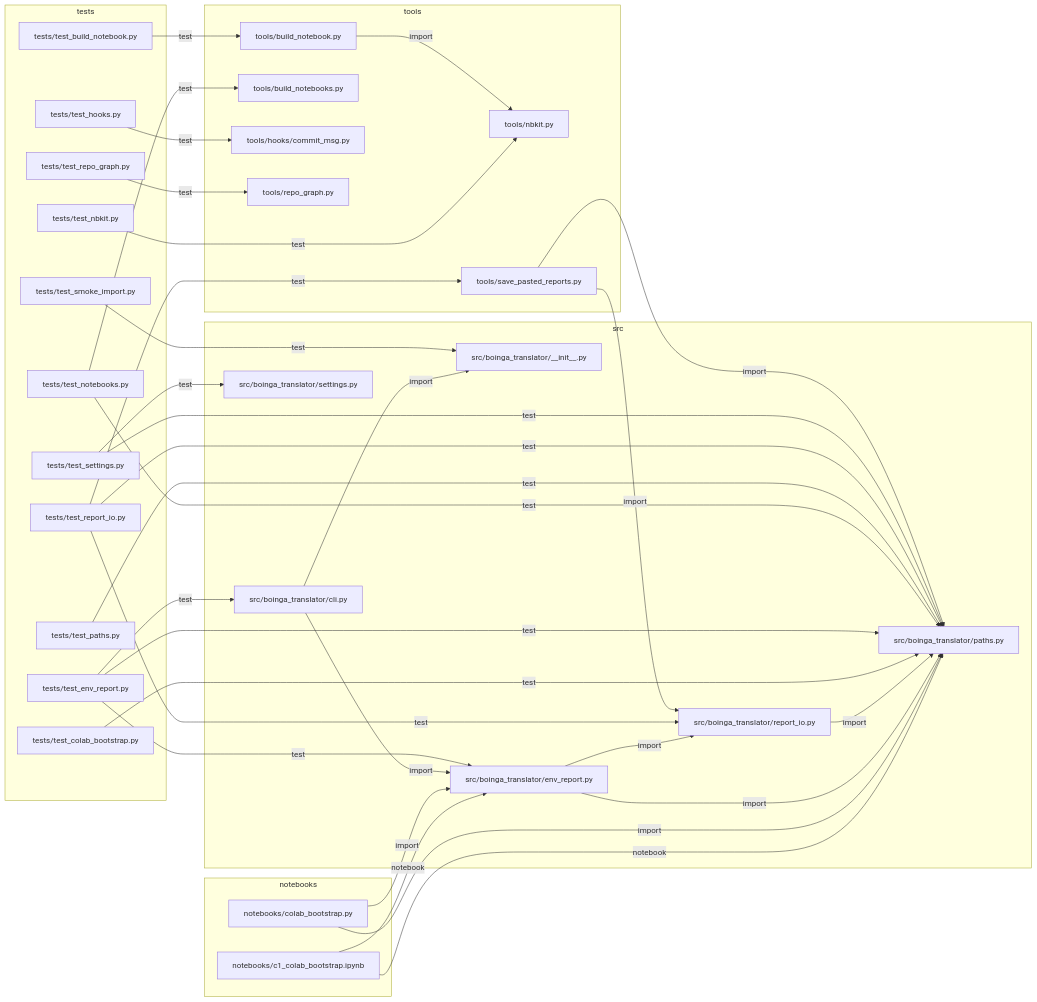
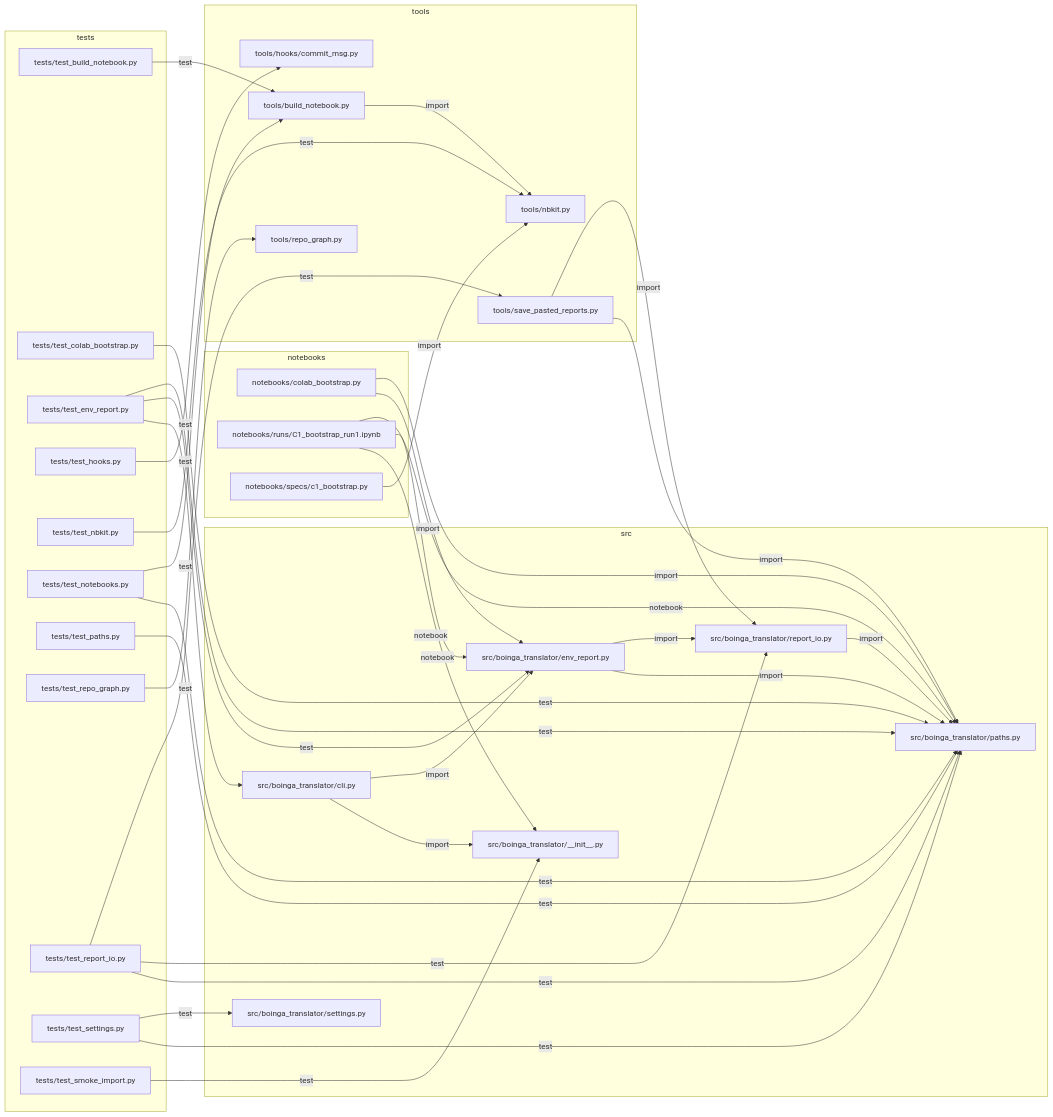
One commit to asparagusD/boinga-translator changed the diagram in docs/REPO_GRAPH.md. Above: the diagram before and after it, drawn with Mermaid. The commit also changed other lines of this file and 8 other files, not shown here.

````diff
--- a/docs/REPO_GRAPH.md
+++ b/docs/REPO_GRAPH.md
@@ -74,65 +76,67 @@
 ```mermaid
 graph LR
   subgraph sg_notebooks["notebooks"]
-    n_notebooks_c1_colab_bootstrap_ipynb["notebooks/c1_colab_bootstrap.ipynb"]
     n_notebooks_colab_bootstrap_py["notebooks/colab_bootstrap.py"]
+    n_notebooks_runs_C1_bootstrap_run1_ipynb["notebooks/runs/C1_bootstrap_run1.ipynb"]
+    n_notebooks_specs_c1_bootstrap_py["notebooks/specs/c1_bootstrap.py"]
   end
   subgraph sg_src["src"]
     n_src_boinga_translator___init___py["src/boinga_translator/__init__.py"]
     n_src_boinga_translator_cli_py["src/boinga_translator/cli.py"]
     n_src_boinga_translator_env_report_py["src/boinga_translator/env_report.py"]
     n_src_boinga_translator_paths_py["src/boinga_translator/paths.py"]
     n_src_boinga_translator_report_io_py["src/boinga_translator/report_io.py"]
     n_src_boinga_translator_settings_py["src/boinga_translator/settings.py"]
   end
   subgraph sg_tests["tests"]
     n_tests_test_build_notebook_py["tests/test_build_notebook.py"]
     n_tests_test_colab_bootstrap_py["tests/test_colab_bootstrap.py"]
     n_tests_test_env_report_py["tests/test_env_report.py"]
     n_tests_test_hooks_py["tests/test_hooks.py"]
     n_tests_test_nbkit_py["tests/test_nbkit.py"]
     n_tests_test_notebooks_py["tests/test_notebooks.py"]
     n_tests_test_paths_py["tests/test_paths.py"]
     n_tests_test_repo_graph_py["tests/test_repo_graph.py"]
     n_tests_test_report_io_py["tests/test_report_io.py"]
     n_tests_test_settings_py["tests/test_settings.py"]
     n_tests_test_smoke_import_py["tests/test_smoke_import.py"]
   end
   subgraph sg_tools["tools"]
     n_tools_build_notebook_py["tools/build_notebook.py"]
-    n_tools_build_notebooks_py["tools/build_notebooks.py"]
     n_tools_hooks_commit_msg_py["tools/hooks/commit_msg.py"]
     n_tools_nbkit_py["tools/nbkit.py"]
     n_tools_repo_graph_py["tools/repo_graph.py"]
     n_tools_save_pasted_reports_py["tools/save_pasted_reports.py"]
   end
-  n_notebooks_c1_colab_bootstrap_ipynb -->|notebook| n_src_boinga_translator_env_report_py
-  n_notebooks_c1_colab_bootstrap_ipynb -->|notebook| n_src_boinga_translator_paths_py
   n_notebooks_colab_bootstrap_py -->|import| n_src_boinga_translator_env_report_py
   n_notebooks_colab_bootstrap_py -->|import| n_src_boinga_translator_paths_py
+  n_notebooks_runs_C1_bootstrap_run1_ipynb -->|notebook| n_src_boinga_translator___init___py
+  n_notebooks_runs_C1_bootstrap_run1_ipynb -->|notebook| n_src_boinga_translator_env_report_py
+  n_notebooks_runs_C1_bootstrap_run1_ipynb -->|notebook| n_src_boinga_translator_paths_py
+  n_notebooks_specs_c1_bootstrap_py -->|import| n_tools_nbkit_py
   n_src_boinga_translator_cli_py -->|import| n_src_boinga_translator___init___py
   n_src_boinga_translator_cli_py -->|import| n_src_boinga_translator_env_report_py
   n_src_boinga_translator_env_report_py -->|import| n_src_boinga_translator_paths_py
   n_src_boinga_translator_env_report_py -->|import| n_src_boinga_translator_report_io_py
   n_src_boinga_translator_report_io_py -->|import| n_src_boinga_translator_paths_py
   n_tests_test_build_notebook_py -->|test| n_tools_build_notebook_py
   n_tests_test_colab_bootstrap_py -->|test| n_src_boinga_translator_paths_py
   n_tests_test_env_report_py -->|test| n_src_boinga_translator_cli_py
   n_tests_test_env_report_py -->|test| n_src_boinga_translator_env_report_py
   n_tests_test_env_report_py -->|test| n_src_boinga_translator_paths_py
   n_tests_test_hooks_py -->|test| n_tools_hooks_commit_msg_py
   n_tests_test_nbkit_py -->|test| n_tools_nbkit_py
   n_tests_test_notebooks_py -->|test| n_src_boinga_translator_paths_py
-  n_tests_test_notebooks_py -->|test| n_tools_build_notebooks_py
+  n_tests_test_notebooks_py -->|test| n_tools_build_notebook_py
   n_tests_test_paths_py -->|test| n_src_boinga_translator_paths_py
   n_tests_test_repo_graph_py -->|test| n_tools_repo_graph_py
   n_tests_test_report_io_py -->|test| n_src_boinga_translator_paths_py
   n_tests_test_report_io_py -->|test| n_src_boinga_translator_report_io_py
   n_tests_test_report_io_py -->|test| n_tools_save_pasted_reports_py
   n_tests_test_settings_py -->|test| n_src_boinga_translator_paths_py
   n_tests_test_settings_py -->|test| n_src_boinga_translator_settings_py
   n_tests_test_smoke_import_py -->|test| n_src_boinga_translator___init___py
   n_tools_build_notebook_py -->|import| n_tools_nbkit_py
   n_tools_save_pasted_reports_py -->|import| n_src_boinga_translator_paths_py
   n_tools_save_pasted_reports_py -->|import| n_src_boinga_translator_report_io_py
 ```
````
